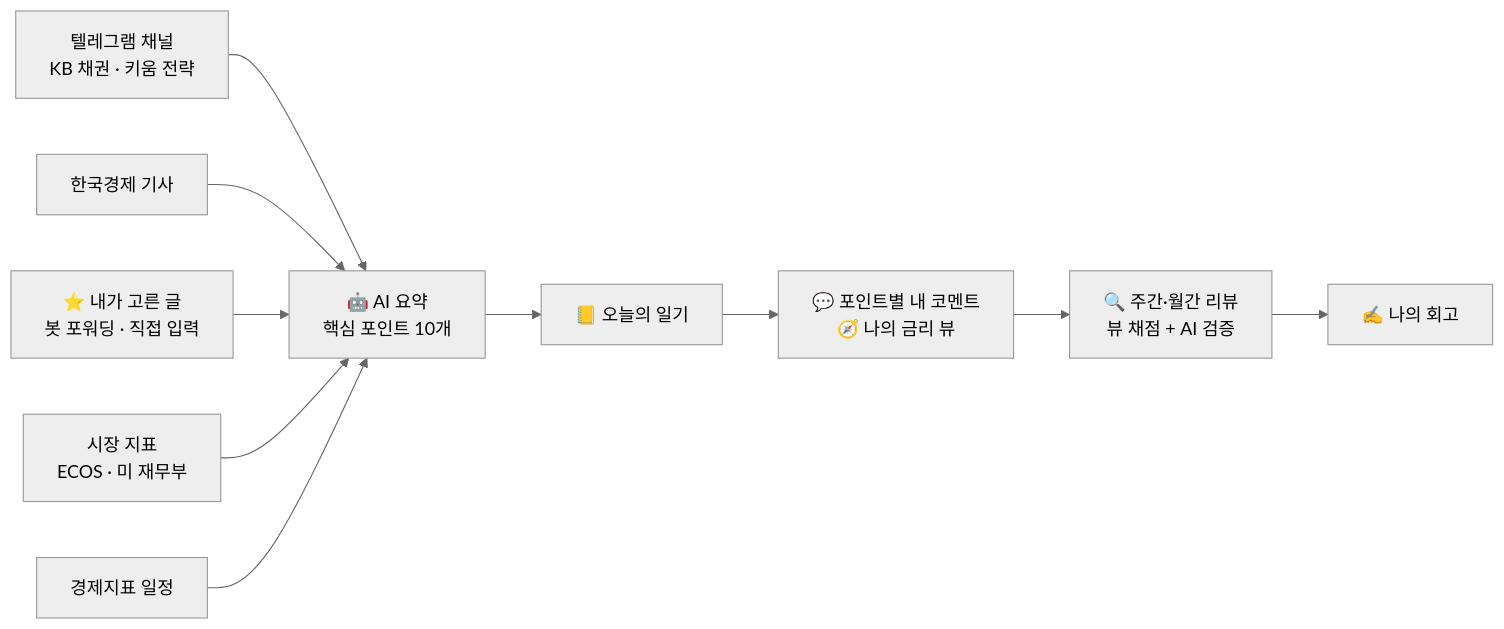
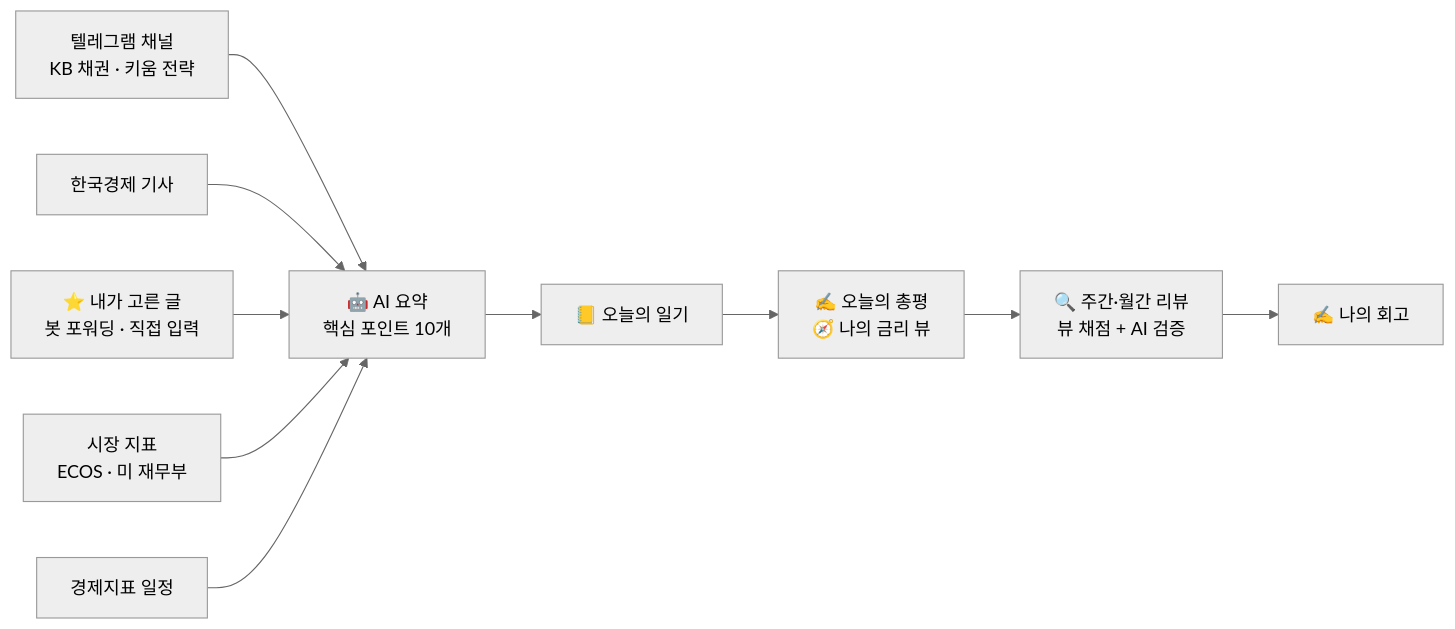
The diagram in README.md (drake11182/macro-bond-journal), drawn with Mermaid (neutral theme) before and after one commit. The commit also changed other lines of this file and 7 other files, not shown here.

````diff
--- a/README.md
+++ b/README.md
@@ -22,12 +22,12 @@
 ```mermaid
 flowchart LR
     A[텔레그램 채널<br/>KB 채권 · 키움 전략] --> D
     B[한국경제 기사] --> D
     C[⭐ 내가 고른 글<br/>봇 포워딩 · 직접 입력] --> D
     M[시장 지표<br/>ECOS · 미 재무부] --> D
     E[경제지표 일정] --> D
     D[🤖 AI 요약<br/>핵심 포인트 10개] --> J[📒 오늘의 일기]
-    J --> K[💬 포인트별 내 코멘트<br/>🧭 나의 금리 뷰]
+    J --> K[✍️ 오늘의 총평<br/>🧭 나의 금리 뷰]
     K --> R[🔍 주간·월간 리뷰<br/>뷰 채점 + AI 검증]
     R --> L[✍️ 나의 회고]
 ```
````
